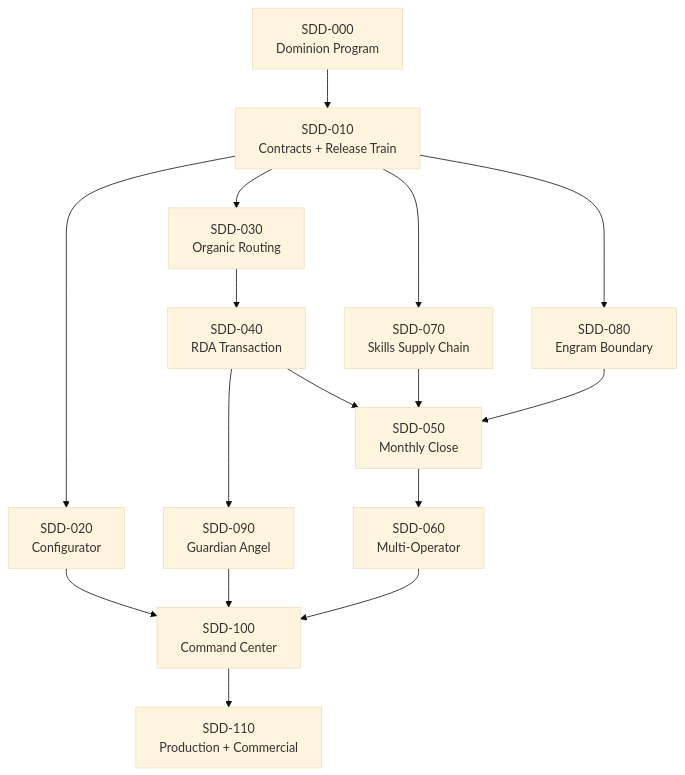
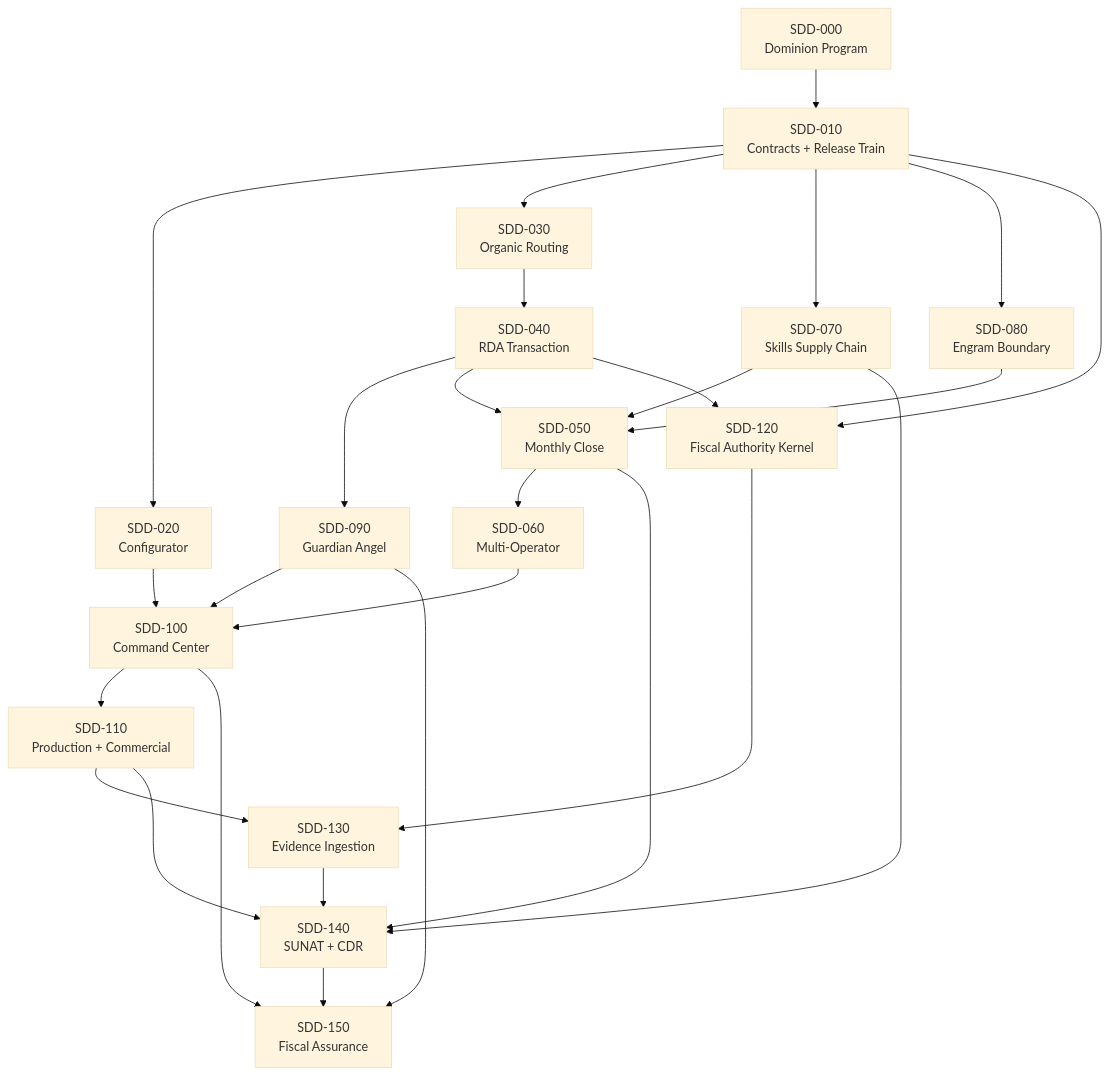
One commit to arkelythex/drenyra-ai changed the first of 2 diagrams in openspec/programs/drenyra-dominion/dependency-graph.md. Above: the diagram before and after it, drawn with Mermaid (base theme). The commit also changed other lines of this file and 21 other files, not shown here.

````diff
--- a/openspec/programs/drenyra-dominion/dependency-graph.md
+++ b/openspec/programs/drenyra-dominion/dependency-graph.md
@@ -9,22 +9,34 @@
 ```mermaid
 flowchart TD
     P0["SDD-000<br/>Dominion Program"] --> P1["SDD-010<br/>Contracts + Release Train"]
 
     P1 --> P2["SDD-020<br/>Configurator"]
     P1 --> P3["SDD-030<br/>Organic Routing"]
     P1 --> P7["SDD-070<br/>Skills Supply Chain"]
     P1 --> P8["SDD-080<br/>Engram Boundary"]
 
     P3 --> P4["SDD-040<br/>RDA Transaction"]
     P4 --> P9["SDD-090<br/>Guardian Angel"]
     P4 --> P5["SDD-050<br/>Monthly Close"]
     P7 --> P5
     P8 --> P5
 
     P5 --> P6["SDD-060<br/>Multi-Operator"]
     P2 --> P10["SDD-100<br/>Command Center"]
     P6 --> P10
     P9 --> P10
 
     P10 --> P11["SDD-110<br/>Production + Commercial"]
+
+    P1 --> P12["SDD-120<br/>Fiscal Authority Kernel"]
+    P4 --> P12
+    P11 --> P13["SDD-130<br/>Evidence Ingestion"]
+    P12 --> P13
+    P5 --> P14["SDD-140<br/>SUNAT + CDR"]
+    P7 --> P14
+    P11 --> P14
+    P13 --> P14
+    P9 --> P15["SDD-150<br/>Fiscal Assurance"]
+    P10 --> P15
+    P14 --> P15
 ```
````
